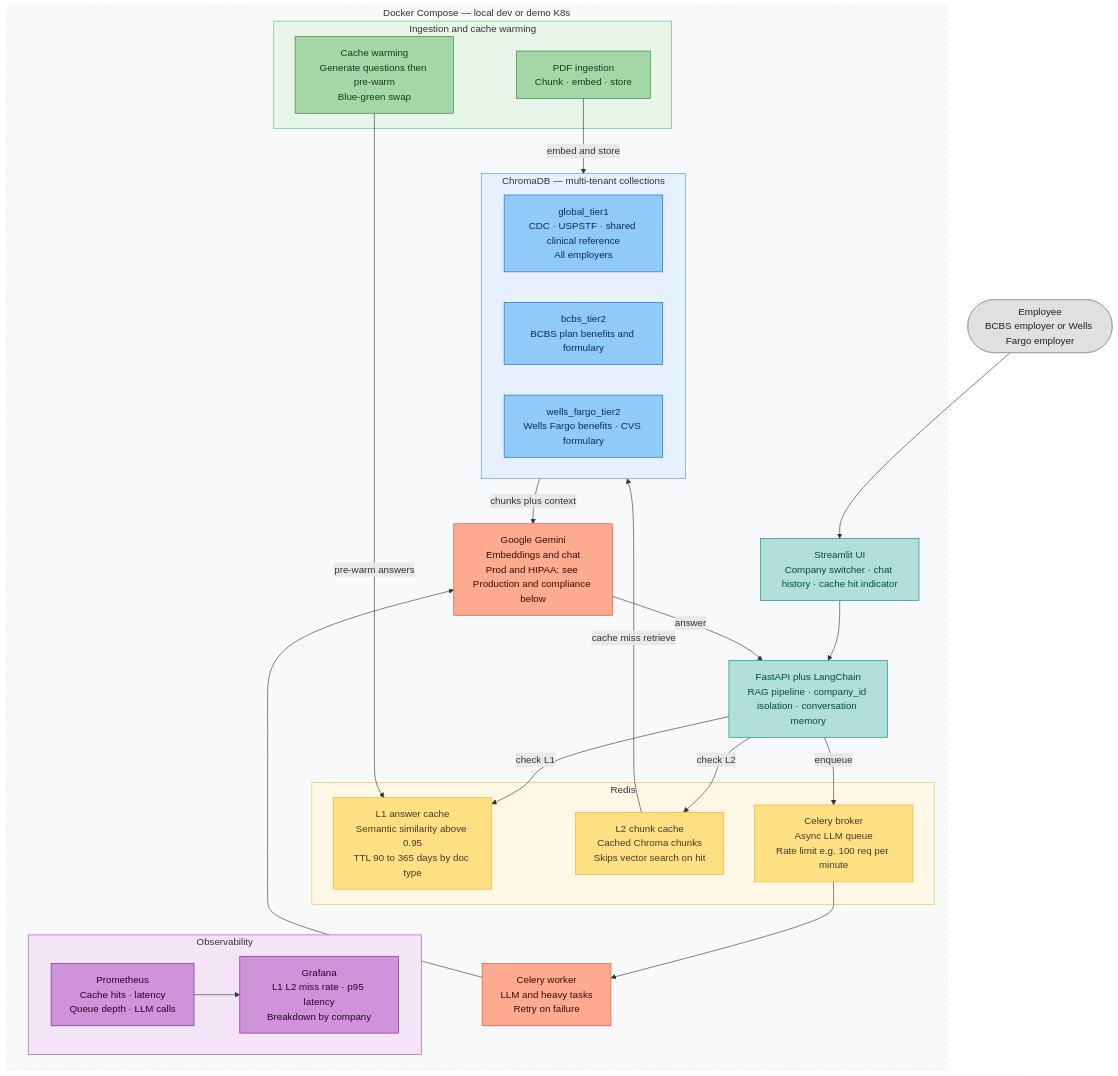
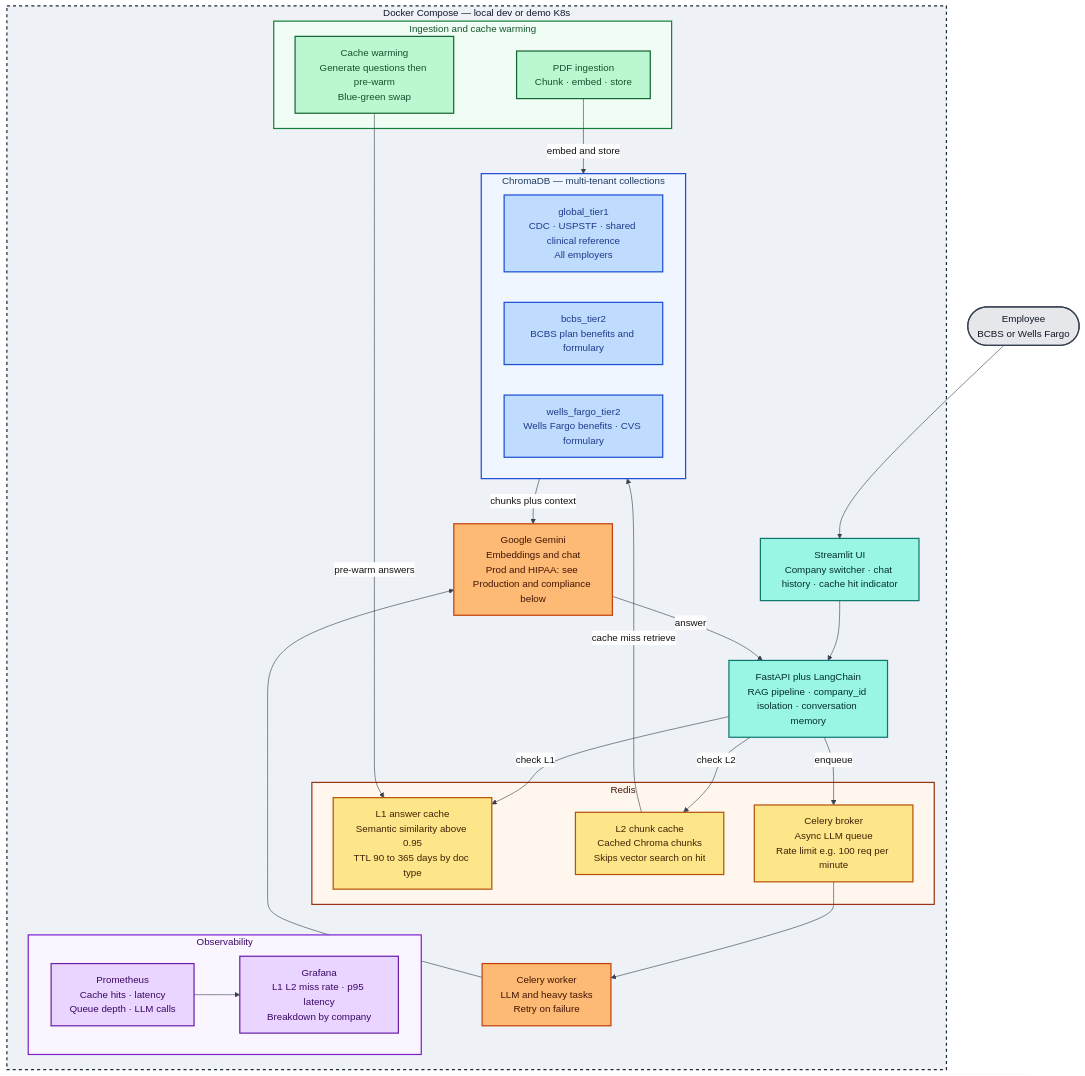
One commit to vikram0230/Care-Navigator changed the diagram in README.md. Above: the diagram before and after it, drawn with Mermaid.

Commit message:
Update README to enhance architecture diagram and clarify user roles

````diff
--- a/README.md
+++ b/README.md
@@ -15,81 +15,82 @@
 ```mermaid
+%%{init: {'theme':'base','themeVariables':{'primaryTextColor':'#111111','secondaryTextColor':'#1a1a1a','tertiaryTextColor':'#111111','lineColor':'#374151','textColor':'#111111','mainBkg':'#ffffff','nodeBorder':'#374151','clusterBkg':'#f3f4f6','clusterBorder':'#4b5563','titleColor':'#000000','edgeLabelBackground':'#ffffff','nodeTextColor':'#111111'}}}%%
 flowchart TD
-    User(["Employee\nBCBS employer or Wells Fargo employer"])
+    User(["Employee\nBCBS or Wells Fargo"])
 
     User --> UI
 
     subgraph DC["Docker Compose — local dev or demo K8s"]
 
         UI["Streamlit UI\nCompany switcher · chat history · cache hit indicator"]
 
         UI --> API
 
         API["FastAPI plus LangChain\nRAG pipeline · company_id isolation · conversation memory"]
 
         API -->|"check L1"| L1
         API -->|"check L2"| L2
         API -->|"enqueue"| BROKER
 
         subgraph REDIS["Redis"]
             L1["L1 answer cache\nSemantic similarity above 0.95\nTTL 90 to 365 days by doc type"]
             L2["L2 chunk cache\nCached Chroma chunks\nSkips vector search on hit"]
             BROKER["Celery broker\nAsync LLM queue\nRate limit e.g. 100 req per minute"]
         end
 
         L2 -->|"cache miss retrieve"| CHROMA
         BROKER --> WORKER
 
         subgraph CHROMA["ChromaDB — multi-tenant collections"]
             T1["global_tier1\nCDC · USPSTF · shared clinical reference\nAll employers"]
             T2A["bcbs_tier2\nBCBS plan benefits and formulary"]
             T2B["wells_fargo_tier2\nWells Fargo benefits · CVS formulary"]
         end
 
         WORKER["Celery worker\nLLM and heavy tasks\nRetry on failure"]
 
         CHROMA -->|"chunks plus context"| LLM
         WORKER --> LLM
 
         LLM["Google Gemini\nEmbeddings and chat\nProd and HIPAA: see Production and compliance below"]
 
         LLM -->|"answer"| API
 
         subgraph INGEST["Ingestion and cache warming"]
             PDF["PDF ingestion\nChunk · embed · store"]
             WARM["Cache warming\nGenerate questions then pre-warm\nBlue-green swap"]
         end
 
         PDF -->|"embed and store"| CHROMA
         WARM -->|"pre-warm answers"| L1
 
         subgraph OBS["Observability"]
             PROM["Prometheus\nCache hits · latency\nQueue depth · LLM calls"]
             GRAF["Grafana\nL1 L2 miss rate · p95 latency\nBreakdown by company"]
         end
 
         PROM --> GRAF
 
     end
 
-    style DC   fill:#f8f9fa,stroke:#dee2e6,stroke-width:1px,stroke-dasharray:5 5
-    style REDIS  fill:#fff8e6,stroke:#f0c040,stroke-width:1px
-    style CHROMA fill:#e6f0ff,stroke:#4a90d9,stroke-width:1px
-    style INGEST fill:#e8f5e9,stroke:#66bb6a,stroke-width:1px
-    style OBS    fill:#f3e5f5,stroke:#ab47bc,stroke-width:1px
+    style DC     fill:#eef2f7,stroke:#1e293b,stroke-width:2px,stroke-dasharray:5 5,color:#0f172a
+    style REDIS  fill:#fff7ed,stroke:#9a3412,stroke-width:2px,color:#431407
+    style CHROMA fill:#eff6ff,stroke:#1d4ed8,stroke-width:2px,color:#1e3a5f
+    style INGEST fill:#f0fdf4,stroke:#15803d,stroke-width:2px,color:#14532d
+    style OBS    fill:#faf5ff,stroke:#7e22ce,stroke-width:2px,color:#3b0764
 
-    style User   fill:#e0e0e0,stroke:#9e9e9e,color:#212121
-    style UI     fill:#b2dfdb,stroke:#00897b,color:#004d40
-    style API    fill:#b2dfdb,stroke:#00897b,color:#004d40
-    style L1     fill:#ffe082,stroke:#f9a825,color:#4e342e
-    style L2     fill:#ffe082,stroke:#f9a825,color:#4e342e
-    style BROKER fill:#ffe082,stroke:#f9a825,color:#4e342e
-    style T1     fill:#90caf9,stroke:#1565c0,color:#0d2a5e
-    style T2A    fill:#90caf9,stroke:#1565c0,color:#0d2a5e
-    style T2B    fill:#90caf9,stroke:#1565c0,color:#0d2a5e
-    style WORKER fill:#ffab91,stroke:#e64a19,color:#3e0a00
-    style LLM    fill:#ffab91,stroke:#e64a19,color:#3e0a00
-    style PDF    fill:#a5d6a7,stroke:#2e7d32,color:#1b3a1b
-    style WARM   fill:#a5d6a7,stroke:#2e7d32,color:#1b3a1b
-    style PROM   fill:#ce93d8,stroke:#6a1b9a,color:#2a0033
-    style GRAF   fill:#ce93d8,stroke:#6a1b9a,color:#2a0033
+    style User   fill:#e5e7eb,stroke:#374151,stroke-width:2px,color:#111827
+    style UI     fill:#99f6e4,stroke:#0f766e,stroke-width:2px,color:#042f2e
+    style API    fill:#99f6e4,stroke:#0f766e,stroke-width:2px,color:#042f2e
+    style L1     fill:#fde68a,stroke:#b45309,stroke-width:2px,color:#422006
+    style L2     fill:#fde68a,stroke:#b45309,stroke-width:2px,color:#422006
+    style BROKER fill:#fde68a,stroke:#b45309,stroke-width:2px,color:#422006
+    style T1     fill:#bfdbfe,stroke:#1d4ed8,stroke-width:2px,color:#1e3a8a
+    style T2A    fill:#bfdbfe,stroke:#1d4ed8,stroke-width:2px,color:#1e3a8a
+    style T2B    fill:#bfdbfe,stroke:#1d4ed8,stroke-width:2px,color:#1e3a8a
+    style WORKER fill:#fdba74,stroke:#c2410c,stroke-width:2px,color:#431407
+    style LLM    fill:#fdba74,stroke:#c2410c,stroke-width:2px,color:#431407
+    style PDF    fill:#bbf7d0,stroke:#166534,stroke-width:2px,color:#14532d
+    style WARM   fill:#bbf7d0,stroke:#166534,stroke-width:2px,color:#14532d
+    style PROM   fill:#e9d5ff,stroke:#6b21a8,stroke-width:2px,color:#3b0764
+    style GRAF   fill:#e9d5ff,stroke:#6b21a8,stroke-width:2px,color:#3b0764
 ```
````
